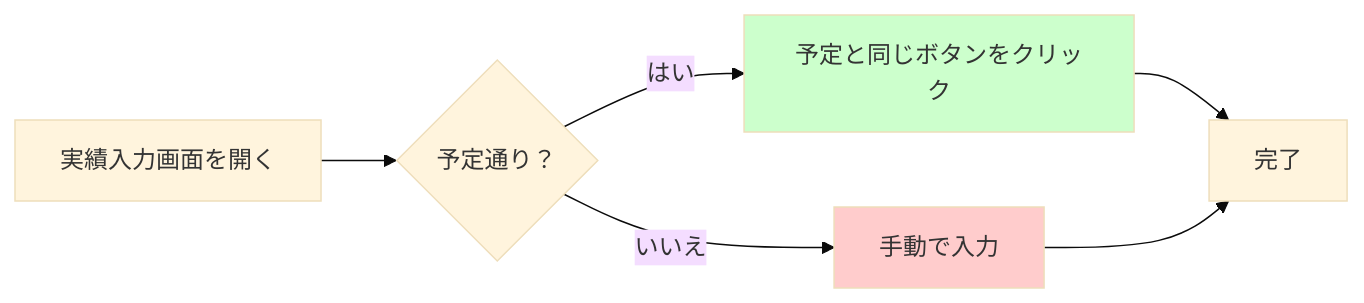
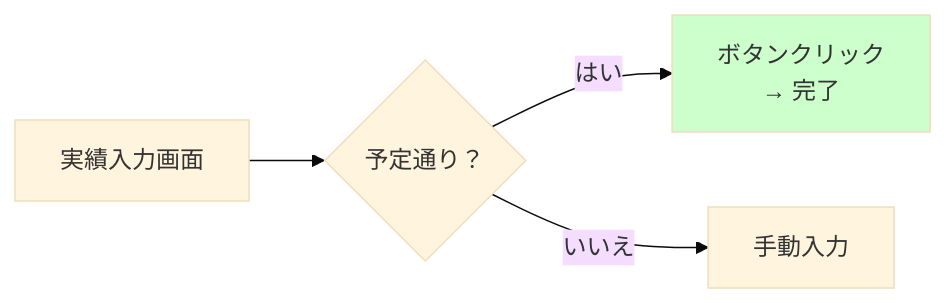
The third of 5 diagrams in docs/index.md (yasushi-honda/ai-care-shift-scheduler), drawn with Mermaid (base theme) before and after one commit. The commit also changed other lines of this file, not shown here.

````diff
--- a/docs/index.md
+++ b/docs/index.md
@@ -58,11 +62,8 @@
 ```mermaid
 flowchart LR
-    A[実績入力画面を開く] --> B{予定通り？}
-    B -->|はい| C[予定と同じボタンをクリック]
-    B -->|いいえ| D[手動で入力]
-    C --> E[完了]
-    D --> E
+    A[実績入力画面] --> B{予定通り？}
+    B -->|はい| C[ボタンクリック<br/>→ 完了]
+    B -->|いいえ| D[手動入力]
 
     style C fill:#ccffcc
-    style D fill:#ffcccc
 ```
````
